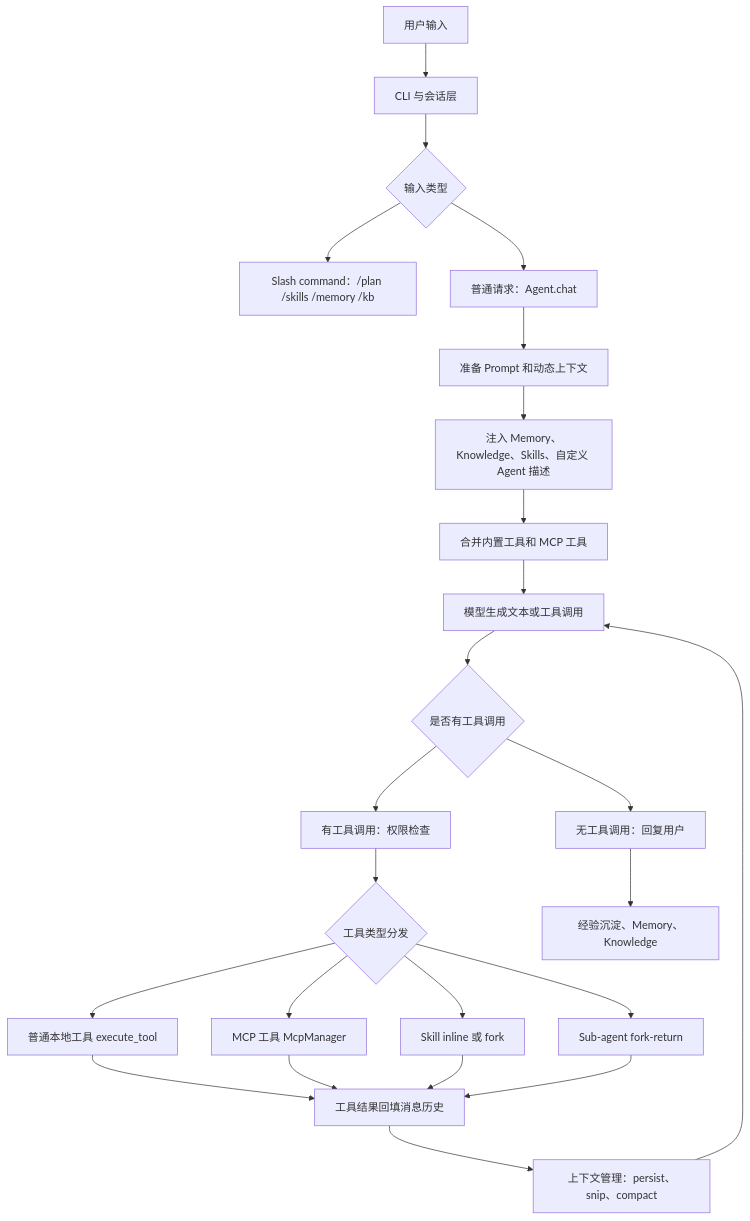
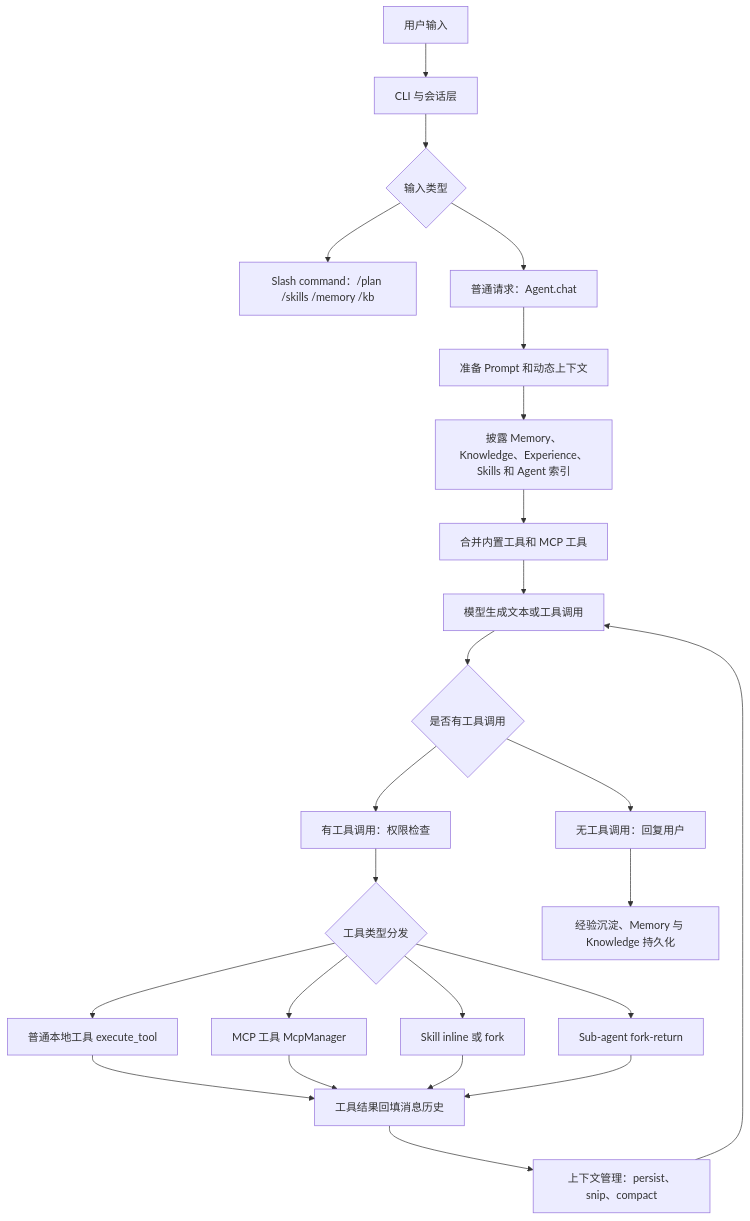
Before and after one commit to 8utterf1y/final: the first of 10 diagrams in StudyDocs/00-整体架构串联.md, drawn with Mermaid. The commit also changed other lines of this file and 16 other files, not shown here.

````diff
--- a/StudyDocs/00-整体架构串联.md
+++ b/StudyDocs/00-整体架构串联.md
@@ -9,26 +9,26 @@
 ```mermaid
 flowchart TD
     A["用户输入"] --> B["CLI 与会话层"]
     B --> C{"输入类型"}
     C --> D["Slash command：/plan /skills /memory /kb"]
     C --> E["普通请求：Agent.chat"]
     E --> F["准备 Prompt 和动态上下文"]
-    F --> G["注入 Memory、Knowledge、Skills、自定义 Agent 描述"]
+    F --> G["披露 Memory、Knowledge、Experience、Skills 和 Agent 索引"]
     G --> H["合并内置工具和 MCP 工具"]
     H --> I["模型生成文本或工具调用"]
     I --> J{"是否有工具调用"}
     J --> K["无工具调用：回复用户"]
     J --> L["有工具调用：权限检查"]
     L --> M{"工具类型分发"}
     M --> N["普通本地工具 execute_tool"]
     M --> O["MCP 工具 McpManager"]
     M --> P["Skill inline 或 fork"]
     M --> Q["Sub-agent fork-return"]
     N --> R["工具结果回填消息历史"]
     O --> R
     P --> R
     Q --> R
     R --> S["上下文管理：persist、snip、compact"]
     S --> I
-    K --> T["经验沉淀、Memory、Knowledge"]
+    K --> T["经验沉淀、Memory 与 Knowledge 持久化"]
 ```
````
